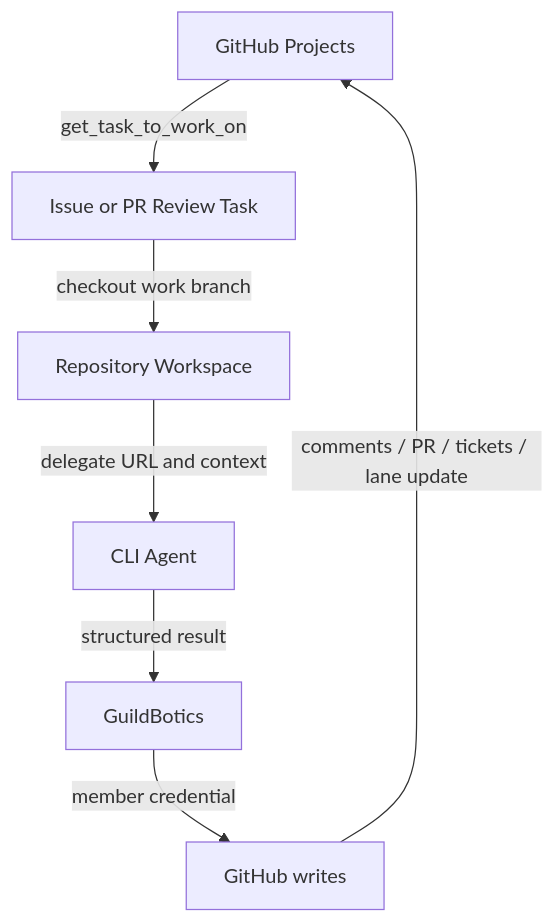
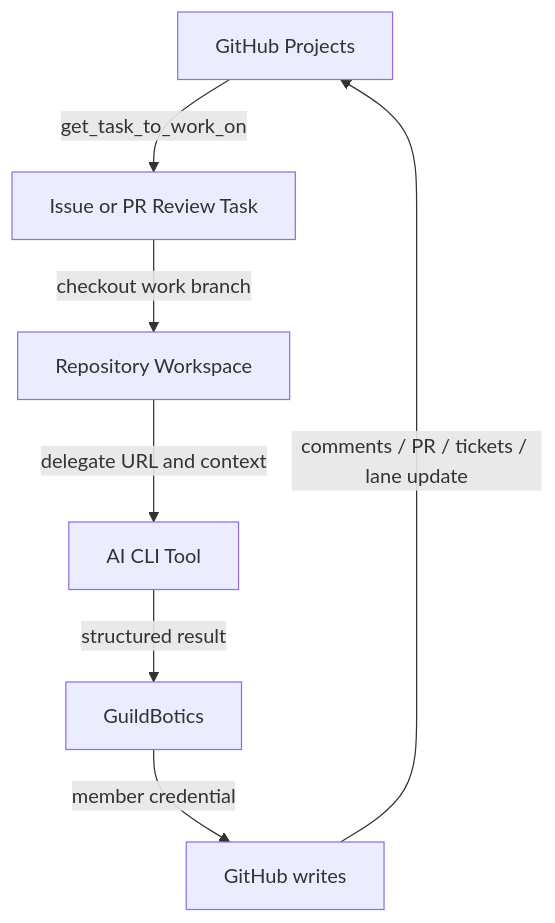
One commit to GuildBotics/GuildBotics changed the second of 3 diagrams in docs/ARCHITECTURE.md. Above: the diagram before and after it, drawn with Mermaid. The commit also changed other lines of this file and 19 other files, not shown here.

````diff
--- a/docs/ARCHITECTURE.md
+++ b/docs/ARCHITECTURE.md
@@ -297,9 +297,9 @@
 ```mermaid
 flowchart TD
     A[GitHub Projects] -->|get_task_to_work_on| B[Issue or PR Review Task]
     B -->|checkout work branch| C[Repository Workspace]
-    C -->|delegate URL and context| D[CLI Agent]
+    C -->|delegate URL and context| D[AI CLI Tool]
     D -->|structured result| E[GuildBotics]
     E -->|member credential| F[GitHub writes]
     F -->|comments / PR / tickets / lane update| A
 ```
````
